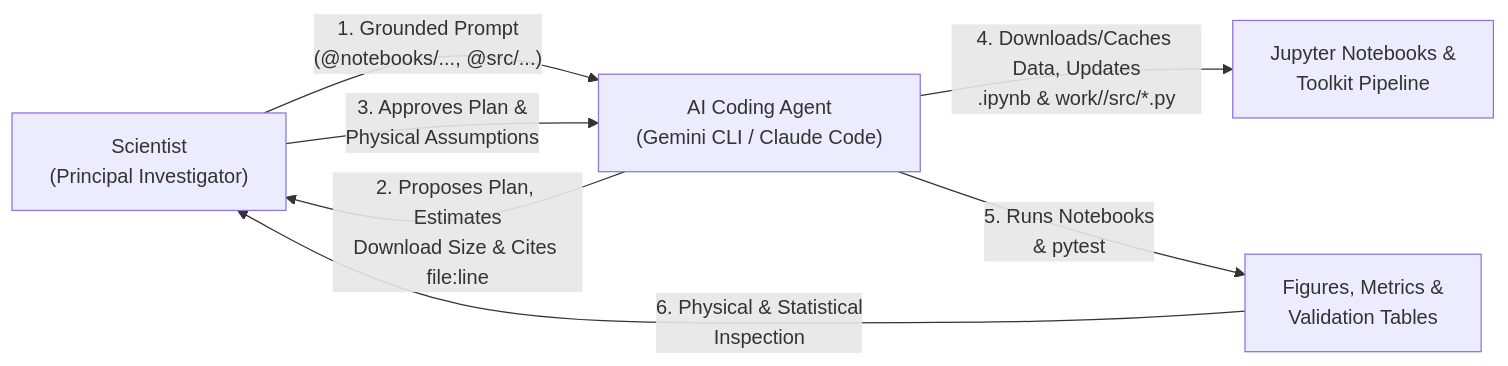
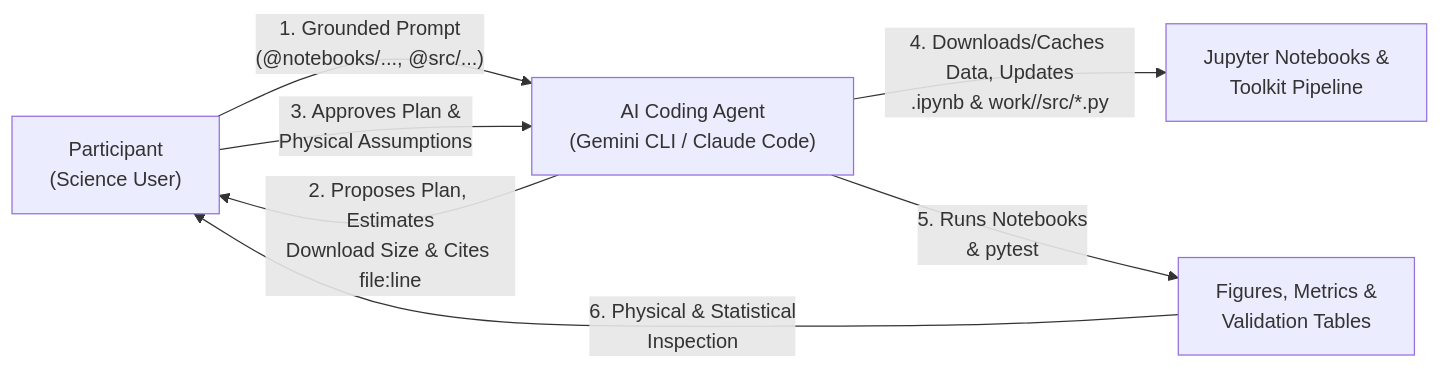
Before and after one commit to rramosp/helio-workshop: the diagram in workshop-preparation.md, drawn with Mermaid. The commit also changed other lines of this file, not shown here.

````diff
--- a/workshop-preparation.md
+++ b/workshop-preparation.md
@@ -21,9 +21,9 @@
 ```mermaid
 flowchart LR
-    Sci["Scientist<br/>(Principal Investigator)"] -->|"1. Grounded Prompt<br/>(@notebooks/..., @src/...)"| Agent["AI Coding Agent<br/>(Gemini CLI / Claude Code)"]
+    Sci["Participant<br/>(Science User)"] -->|"1. Grounded Prompt<br/>(@notebooks/..., @src/...)"| Agent["AI Coding Agent<br/>(Gemini CLI / Claude Code)"]
     Agent -->|"2. Proposes Plan, Estimates<br/>Download Size & Cites file:line"| Sci
     Sci -->|"3. Approves Plan &<br/>Physical Assumptions"| Agent
     Agent -->|"4. Downloads/Caches Data, Updates<br/>.ipynb & work/<name>/src/*.py"| NB["Jupyter Notebooks &<br/>Toolkit Pipeline"]
     Agent -->|"5. Runs Notebooks<br/>& pytest"| Out["Figures, Metrics &<br/>Validation Tables"]
     Out -->|"6. Physical & Statistical<br/>Inspection"| Sci
 ```
````
